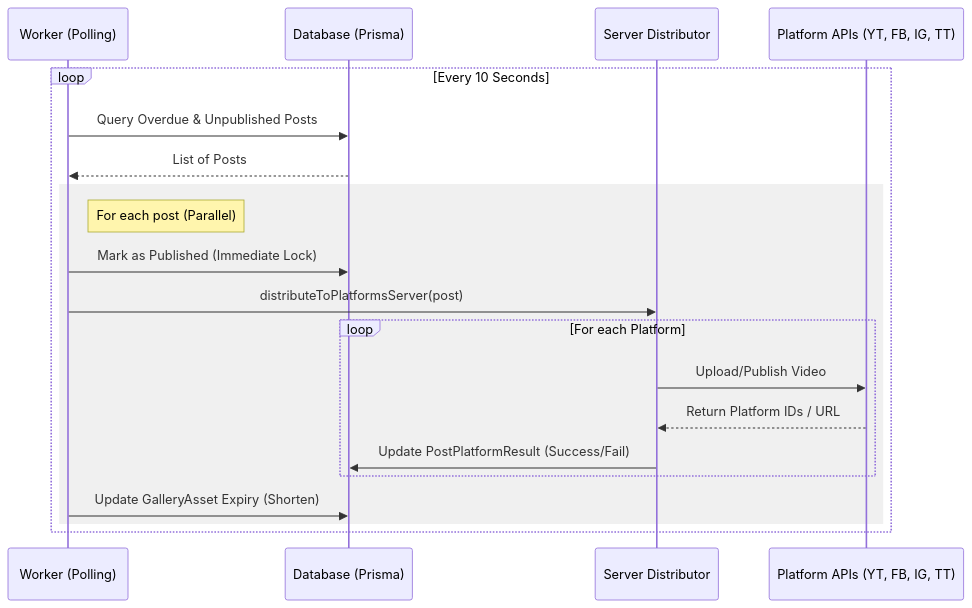
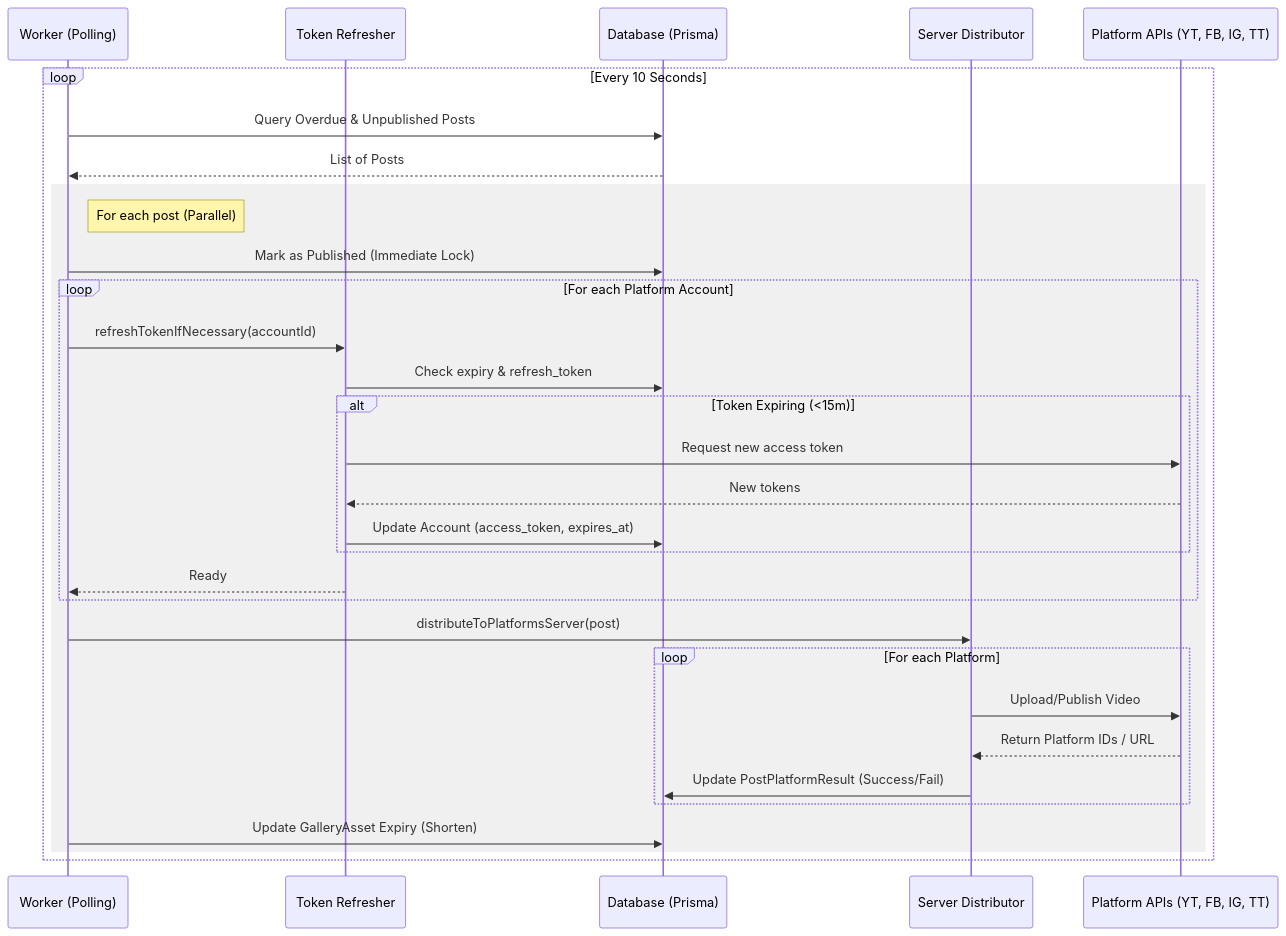
Before and after one commit to thoufeeque22/directly.social: the third of 9 diagrams in docs/ARCHITECTURE.md, drawn with Mermaid. The commit also changed other lines of this file and 3 other files, not shown here.

Commit message:
docs: document automated token refresh mechanism for ticket #371

````diff
--- a/docs/ARCHITECTURE.md
+++ b/docs/ARCHITECTURE.md
@@ -176,26 +176,39 @@
 ```mermaid
 sequenceDiagram
     participant W as Worker (Polling)
+    participant TR as Token Refresher
     participant DB as Database (Prisma)
     participant DIST as Server Distributor
     participant P as Platform APIs (YT, FB, IG, TT)
 
     loop Every 10 Seconds
         W->>DB: Query Overdue & Unpublished Posts
         DB-->>W: List of Posts
         
         rect rgb(240, 240, 240)
             note right of W: For each post (Parallel)
             W->>DB: Mark as Published (Immediate Lock)
+
+            loop For each Platform Account
+                W->>TR: refreshTokenIfNecessary(accountId)
+                TR->>DB: Check expiry & refresh_token
+                alt Token Expiring (<15m)
+                   TR->>P: Request new access token
+                   P-->>TR: New tokens
+                   TR->>DB: Update Account (access_token, expires_at)
+                end
+                TR-->>W: Ready
+            end
+
             W->>DIST: distributeToPlatformsServer(post)
             
             loop For each Platform
                 DIST->>P: Upload/Publish Video
                 P-->>DIST: Return Platform IDs / URL
                 DIST->>DB: Update PostPlatformResult (Success/Fail)
             end
             
             W->>DB: Update GalleryAsset Expiry (Shorten)
         end
     end
 ```
````
